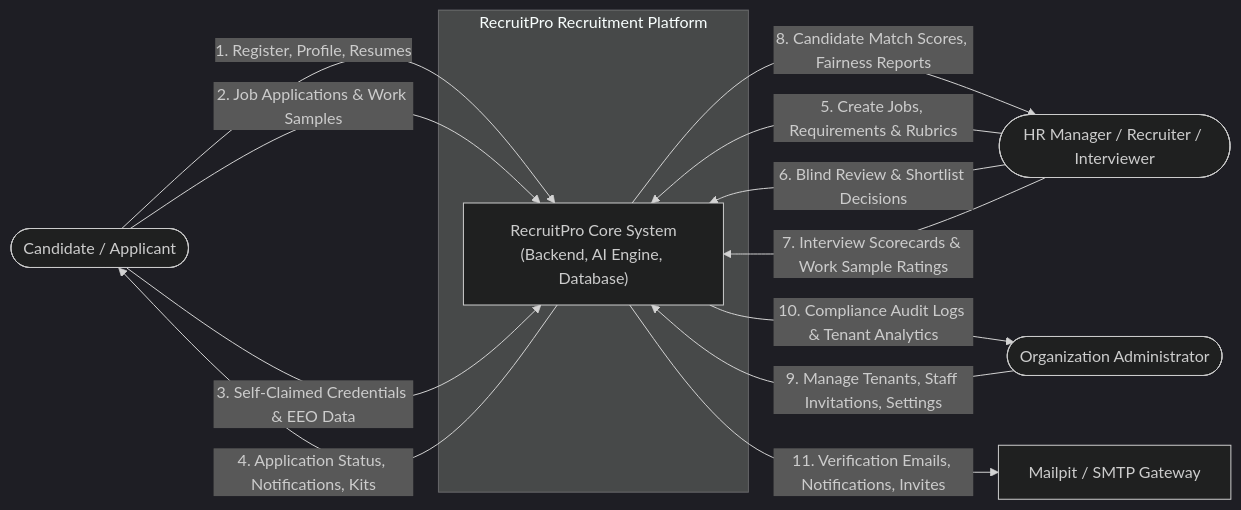
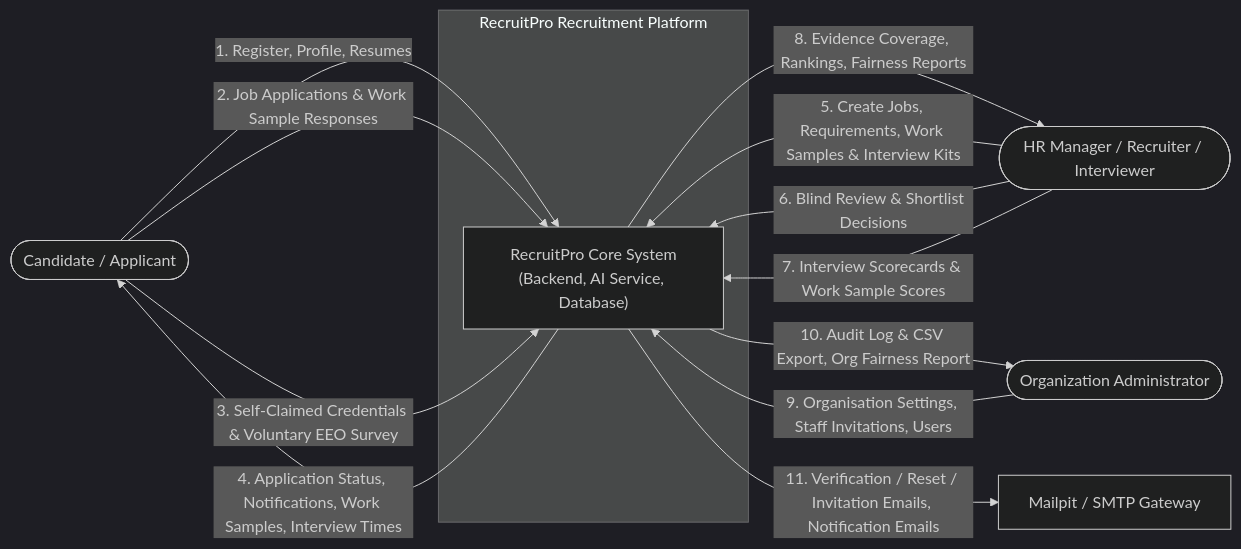
One commit to Krishna-Goel2002/RecruitPro changed the second of 12 diagrams in docs/audit/FULL_SUBMISSION_REPORT.md. Above: the diagram before and after it, drawn with Mermaid (dark theme). The commit also changed other lines of this file and 7 other files, not shown here.

First line of the commit message:
Audit of teammate's run: queue legacy .doc for parsing, correct audit reports, update guide/README/STATUS

````diff
--- a/docs/audit/FULL_SUBMISSION_REPORT.md
+++ b/docs/audit/FULL_SUBMISSION_REPORT.md
@@ -119,26 +127,26 @@
 ```mermaid
 flowchart LR
     Candidate(["Candidate / Applicant"])
     HRStaff(["HR Manager / Recruiter / Interviewer"])
     OrgAdmin(["Organization Administrator"])
     MailServer["Mailpit / SMTP Gateway"]
 
     subgraph System["RecruitPro Recruitment Platform"]
-        RPCore["RecruitPro Core System\n(Backend, AI Engine, Database)"]
+        RPCore["RecruitPro Core System<br/>(Backend, AI Service, Database)"]
     end
 
-    Candidate -->|1. Register, Profile, Resumes| RPCore
-    Candidate -->|2. Job Applications & Work Samples| RPCore
-    Candidate -->|3. Self-Claimed Credentials & EEO Data| RPCore
-    RPCore -->|4. Application Status, Notifications, Kits| Candidate
+    Candidate -->|"1. Register, Profile, Resumes"| RPCore
+    Candidate -->|"2. Job Applications & Work Sample Responses"| RPCore
+    Candidate -->|"3. Self-Claimed Credentials & Voluntary EEO Survey"| RPCore
+    RPCore -->|"4. Application Status, Notifications, Work Samples, Interview Times"| Candidate
 
-    HRStaff -->|5. Create Jobs, Requirements & Rubrics| RPCore
-    HRStaff -->|6. Blind Review & Shortlist Decisions| RPCore
-    HRStaff -->|7. Interview Scorecards & Work Sample Ratings| RPCore
-    RPCore -->|8. Candidate Match Scores, Fairness Reports| HRStaff
+    HRStaff -->|"5. Create Jobs, Requirements, Work Samples & Interview Kits"| RPCore
+    HRStaff -->|"6. Blind Review & Shortlist Decisions"| RPCore
+    HRStaff -->|"7. Interview Scorecards & Work Sample Scores"| RPCore
+    RPCore -->|"8. Evidence Coverage, Rankings, Fairness Reports"| HRStaff
 
-    OrgAdmin -->|9. Manage Tenants, Staff Invitations, Settings| RPCore
-    RPCore -->|10. Compliance Audit Logs & Tenant Analytics| OrgAdmin
+    OrgAdmin -->|"9. Organisation Settings, Staff Invitations, Users"| RPCore
+    RPCore -->|"10. Audit Log & CSV Export, Org Fairness Report"| OrgAdmin
 
-    RPCore -->|11. Verification Emails, Notifications, Invites| MailServer
+    RPCore -->|"11. Verification / Reset / Invitation Emails, Notification Emails"| MailServer
 ```
````
